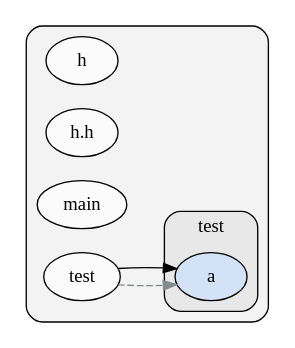
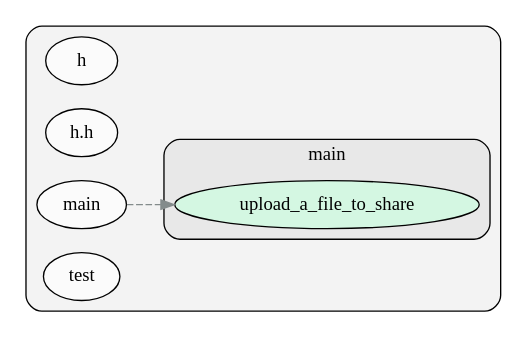
Before and after one commit to Sjim/PrivateScan-new: the diagram in tmp.gv, drawn with Graphviz. The commit also changed 18 other files, not shown here.

```diff
--- a/tmp.gv
+++ b/tmp.gv
@@ -1,18 +1,17 @@
 digraph G {
     graph [rankdir=LR, clusterrank="local"];
     subgraph cluster_G {
 
         graph [style="filled,rounded", fillcolor="#80808018", label=""];
         h [label="h", style="filled", fillcolor="#ffffffb2", fontcolor="#000000", group="0"];
         h__h [label="h.h", style="filled", fillcolor="#ffffffb2", fontcolor="#000000", group="1"];
         main [label="main", style="filled", fillcolor="#ffffffb2", fontcolor="#000000", group="2"];
         test [label="test", style="filled", fillcolor="#ffffffb2", fontcolor="#000000", group="3"];
-        subgraph cluster_test {
+        subgraph cluster_main {
 
-            graph [style="filled,rounded", fillcolor="#80808018", label="test"];
-            test__a [label="a", style="filled", fillcolor="#cce0feb2", fontcolor="#000000", group="3"];
+            graph [style="filled,rounded", fillcolor="#80808018", label="main"];
+            main__upload_a_file_to_share [label="upload_a_file_to_share", style="filled", fillcolor="#ccfee0b2", fontcolor="#000000", group="2"];
         }
     }
-        test -> test__a [style="dashed",  color="#838b8b"];
-        test -> test__a [style="solid",  color="#000000"];
+        main -> main__upload_a_file_to_share [style="dashed",  color="#838b8b"];
     }
```
